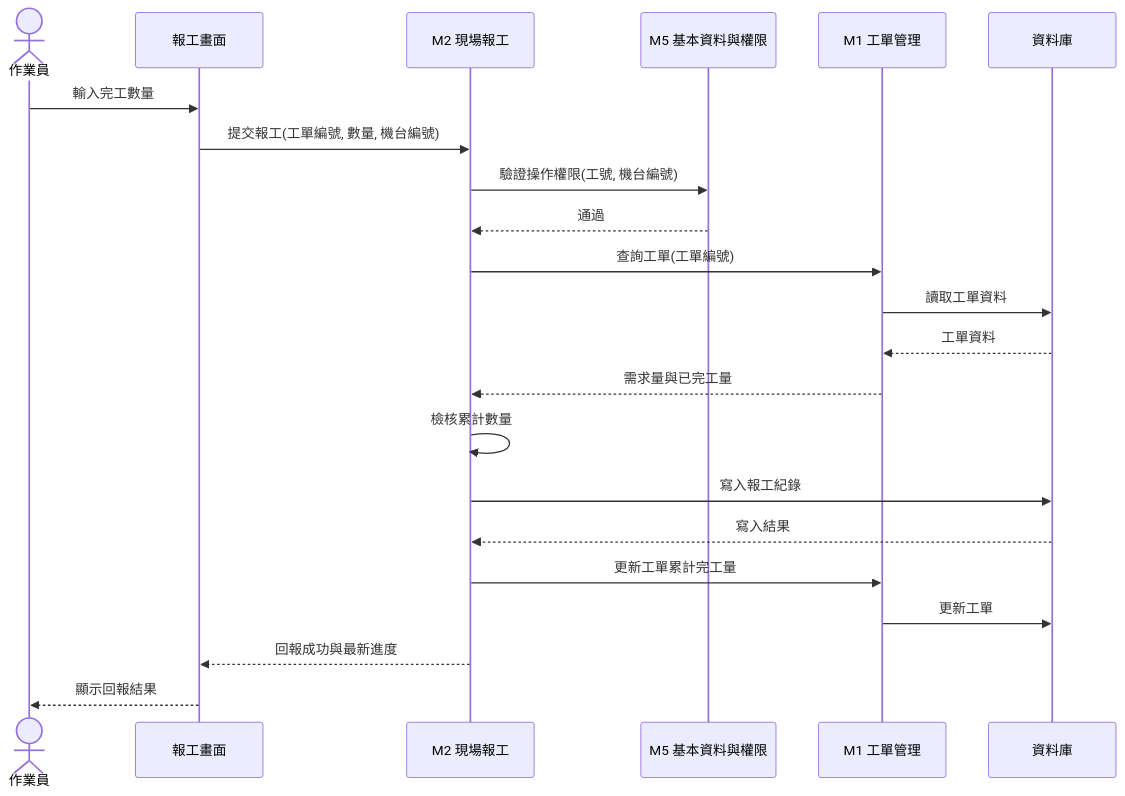
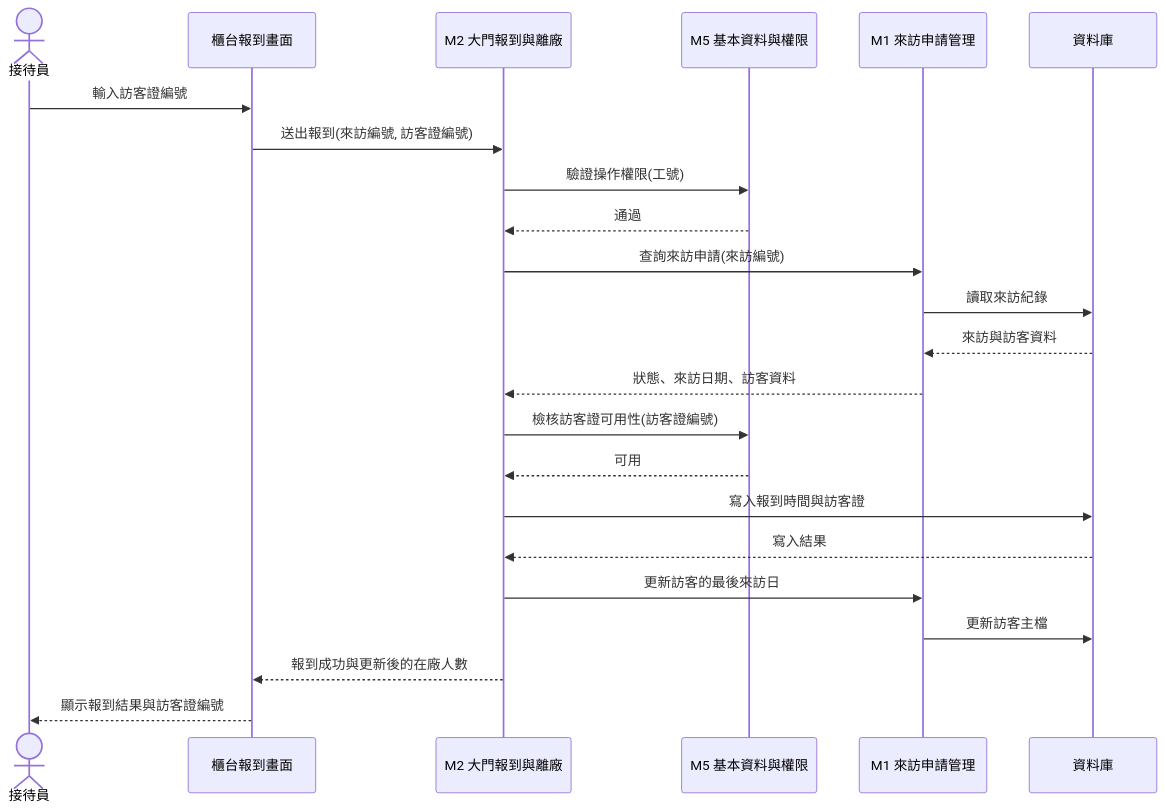
Before and after one commit to billy1125/system-analysis-and-design: the sixth of 6 diagrams in 01-Course-Materials/06-Behavioral-Modeling.md, drawn with Mermaid. The commit also changed other lines of this file and 30 other files, not shown here.

````diff
--- a/01-Course-Materials/06-Behavioral-Modeling.md
+++ b/01-Course-Materials/06-Behavioral-Modeling.md
@@ -340,25 +348,26 @@
 ```mermaid
 sequenceDiagram
-    actor OP as 作業員
-    participant UI as 報工畫面
-    participant M2 as M2 現場報工
+    actor RC as 接待員
+    participant UI as 櫃台報到畫面
+    participant M2 as M2 大門報到與離廠
     participant M5 as M5 基本資料與權限
-    participant M1 as M1 工單管理
+    participant M1 as M1 來訪申請管理
     participant DB as 資料庫
 
-    OP->>UI: 輸入完工數量
-    UI->>M2: 提交報工(工單編號, 數量, 機台編號)
-    M2->>M5: 驗證操作權限(工號, 機台編號)
+    RC->>UI: 輸入訪客證編號
+    UI->>M2: 送出報到(來訪編號, 訪客證編號)
+    M2->>M5: 驗證操作權限(工號)
     M5-->>M2: 通過
-    M2->>M1: 查詢工單(工單編號)
-    M1->>DB: 讀取工單資料
-    DB-->>M1: 工單資料
-    M1-->>M2: 需求量與已完工量
-    M2->>M2: 檢核累計數量
-    M2->>DB: 寫入報工紀錄
+    M2->>M1: 查詢來訪申請(來訪編號)
+    M1->>DB: 讀取來訪紀錄
+    DB-->>M1: 來訪與訪客資料
+    M1-->>M2: 狀態、來訪日期、訪客資料
+    M2->>M5: 檢核訪客證可用性(訪客證編號)
+    M5-->>M2: 可用
+    M2->>DB: 寫入報到時間與訪客證
     DB-->>M2: 寫入結果
-    M2->>M1: 更新工單累計完工量
-    M1->>DB: 更新工單
-    M2-->>UI: 回報成功與最新進度
-    UI-->>OP: 顯示回報結果
+    M2->>M1: 更新訪客的最後來訪日
+    M1->>DB: 更新訪客主檔
+    M2-->>UI: 報到成功與更新後的在廠人數
+    UI-->>RC: 顯示報到結果與訪客證編號
 ```
````
